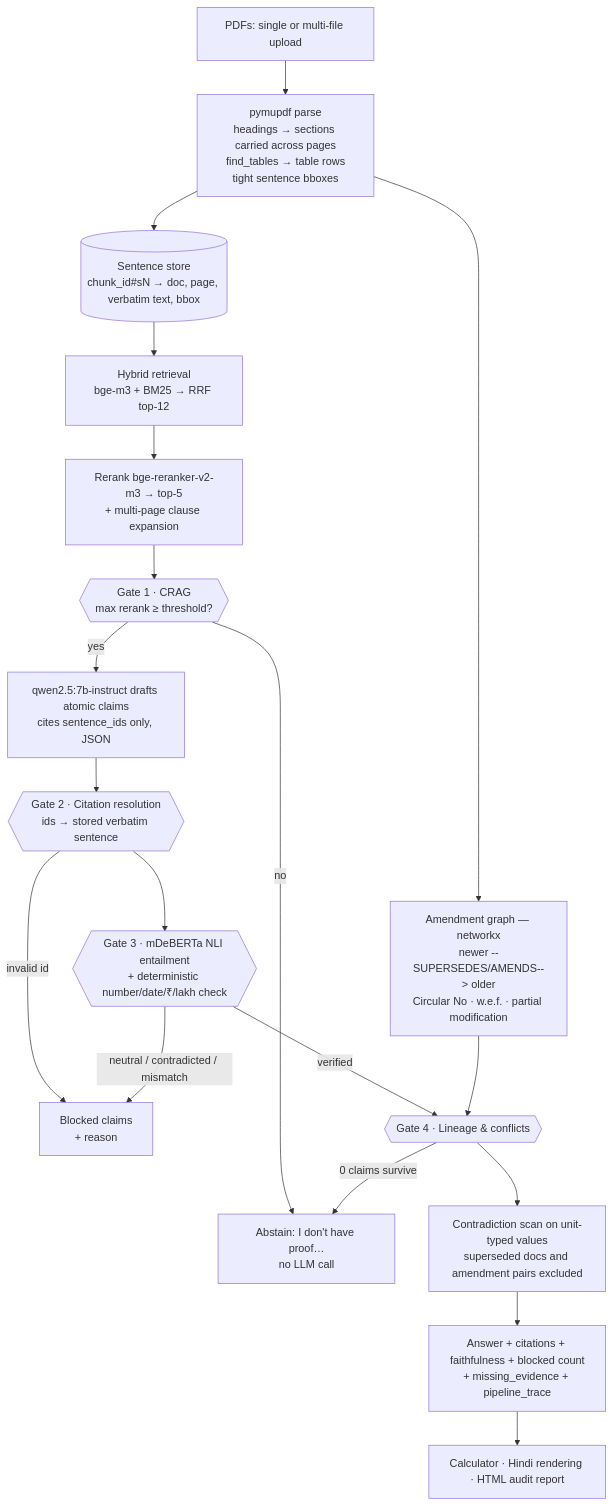
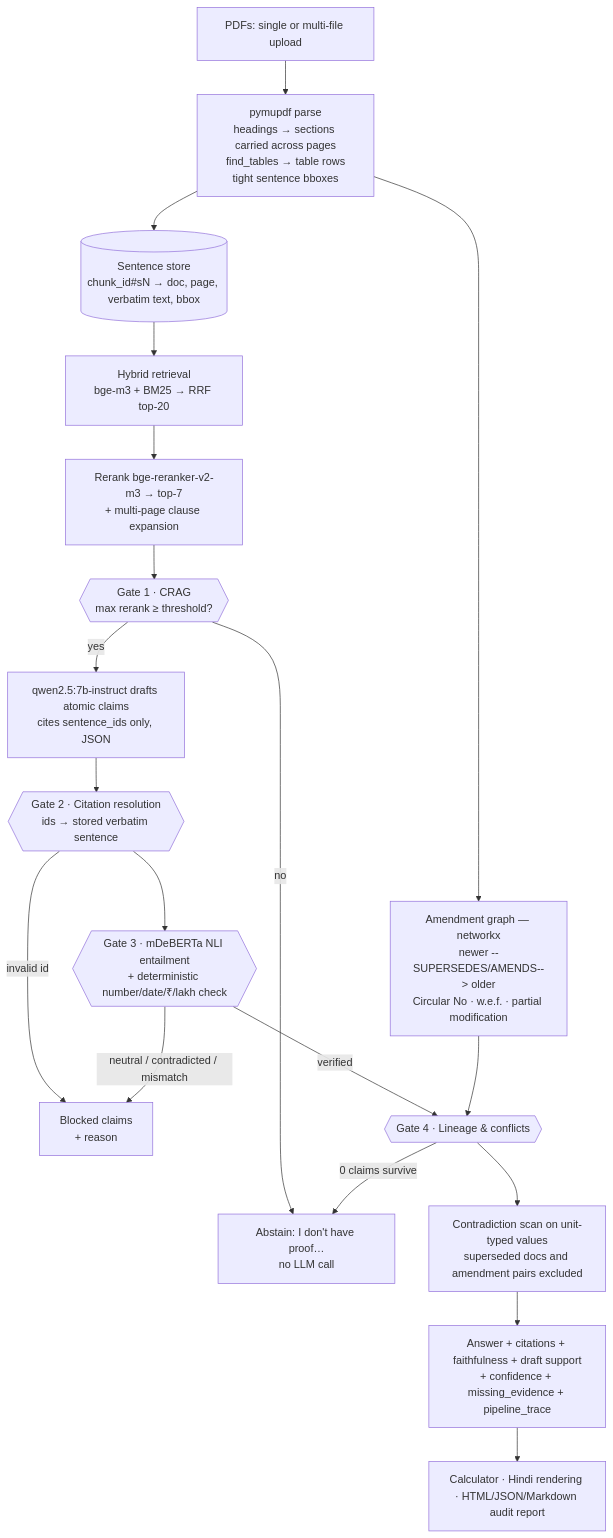
Before and after one commit to MayankDew08/zero-guess-document-ai: the diagram in README.md, drawn with Mermaid. The commit also changed other lines of this file and 30 other files, not shown here.

````diff
--- a/README.md
+++ b/README.md
@@ -24,21 +43,21 @@
 ```mermaid
 flowchart TD
     A[PDFs: single or multi-file upload] --> B[pymupdf parse<br/>headings → sections carried across pages<br/>find_tables → table rows<br/>tight sentence bboxes]
     B --> C[(Sentence store<br/>chunk_id#sN → doc, page, verbatim text, bbox)]
     B --> D[Amendment graph — networkx<br/>newer --SUPERSEDES/AMENDS--> older<br/>Circular No · w.e.f. · partial modification]
-    C --> E[Hybrid retrieval<br/>bge-m3 + BM25 → RRF top-12]
-    E --> F[Rerank bge-reranker-v2-m3 → top-5<br/>+ multi-page clause expansion]
+    C --> E[Hybrid retrieval<br/>bge-m3 + BM25 → RRF top-20]
+    E --> F[Rerank bge-reranker-v2-m3 → top-7<br/>+ multi-page clause expansion]
     F --> G1{{Gate 1 · CRAG<br/>max rerank ≥ threshold?}}
     G1 -- no --> X[Abstain: I don't have proof…<br/>no LLM call]
     G1 -- yes --> H[qwen2.5:7b-instruct drafts atomic claims<br/>cites sentence_ids only, JSON]
     H --> G2{{Gate 2 · Citation resolution<br/>ids → stored verbatim sentence}}
     G2 -- invalid id --> BL[Blocked claims<br/>+ reason]
     G2 --> G3{{Gate 3 · mDeBERTa NLI entailment<br/>+ deterministic number/date/₹/lakh check}}
     G3 -- neutral / contradicted / mismatch --> BL
     G3 -- verified --> G4{{Gate 4 · Lineage & conflicts}}
     D --> G4
     G4 --> I[Contradiction scan on unit-typed values<br/>superseded docs and amendment pairs excluded]
-    I --> J[Answer + citations + faithfulness + blocked count<br/>+ missing_evidence + pipeline_trace]
+    I --> J[Answer + citations + faithfulness + draft support<br/>+ confidence + missing_evidence + pipeline_trace]
     G4 -- 0 claims survive --> X
-    J --> K[Calculator · Hindi rendering · HTML audit report]
+    J --> K[Calculator · Hindi rendering · HTML/JSON/Markdown audit report]
 ```
````
